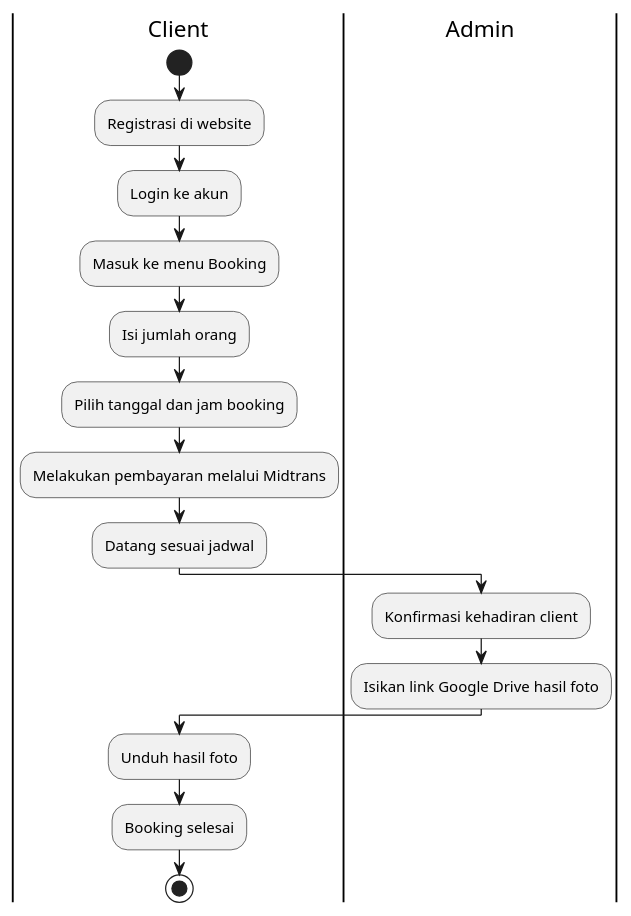
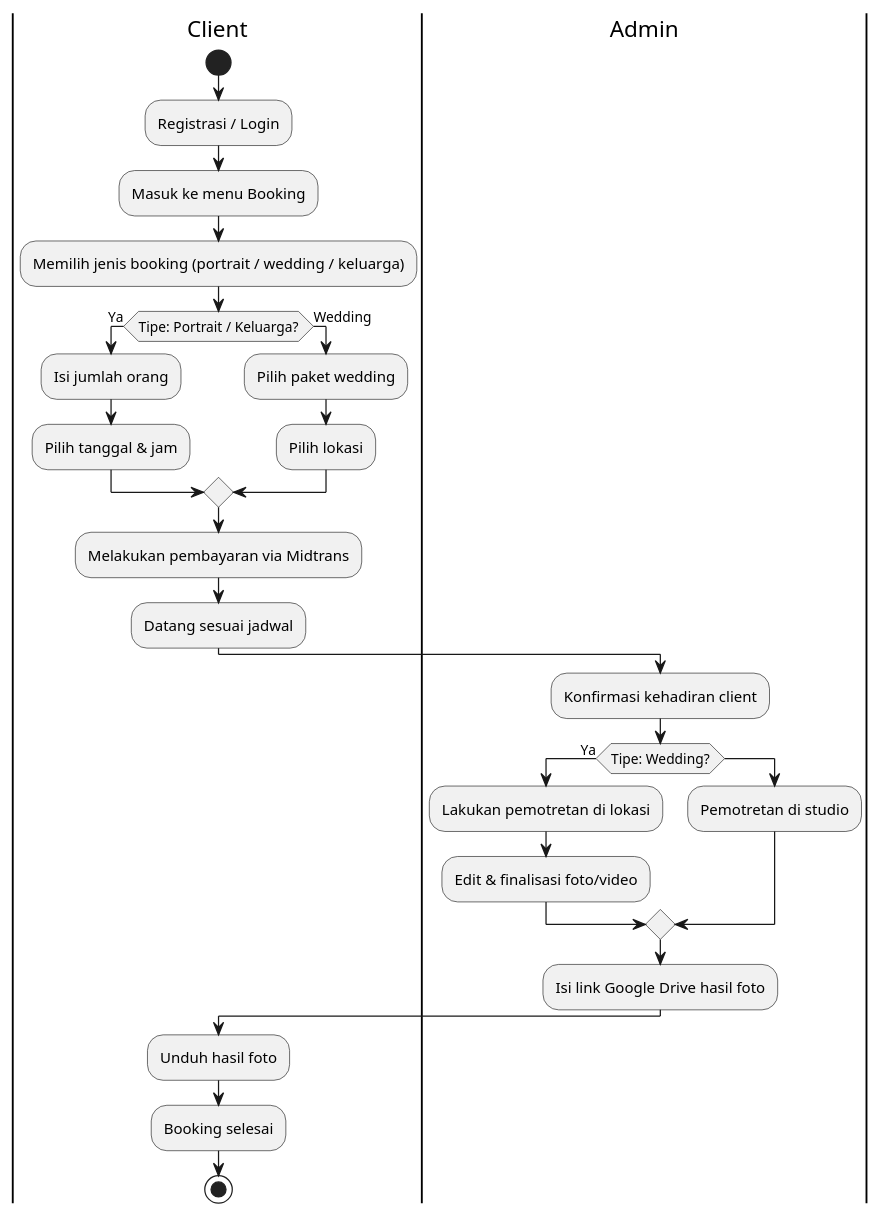
Before and after one commit to code-on-cue/booking-photo-studio-laravel: the diagram in documents/ad.puml, drawn with PlantUML. The commit also changed 3 other files, not shown here.

Commit message:
feat: Update booking flow in ad.puml and add use case diagram in usecase.puml

```diff
--- a/documents/ad.puml
+++ b/documents/ad.puml
@@ -1,22 +1,35 @@
 @startuml
 |Client|
 start
-:Registrasi di website;
-:Login ke akun;
+:Registrasi / Login;
+:Masuk ke menu Booking;
+:Memilih jenis booking (portrait / wedding / keluarga);
 
-:Masuk ke menu Booking;
-:Isi jumlah orang;
-:Pilih tanggal dan jam booking;
+if (Tipe: Portrait / Keluarga?) then (Ya)
+  :Isi jumlah orang;
+  :Pilih tanggal & jam;
+else (Wedding)
+  :Pilih paket wedding;
+  :Pilih lokasi;
+endif
 
-:Melakukan pembayaran melalui Midtrans;
+:Melakukan pembayaran via Midtrans;
+
 :Datang sesuai jadwal;
-
 |Admin|
 :Konfirmasi kehadiran client;
-:Isikan link Google Drive hasil foto;
+
+if (Tipe: Wedding?) then (Ya)
+  :Lakukan pemotretan di lokasi;
+  :Edit & finalisasi foto/video;
+else
+  :Pemotretan di studio;
+endif
+
+:Isi link Google Drive hasil foto;
 
 |Client|
 :Unduh hasil foto;
 :Booking selesai;
 stop
 @enduml
```
